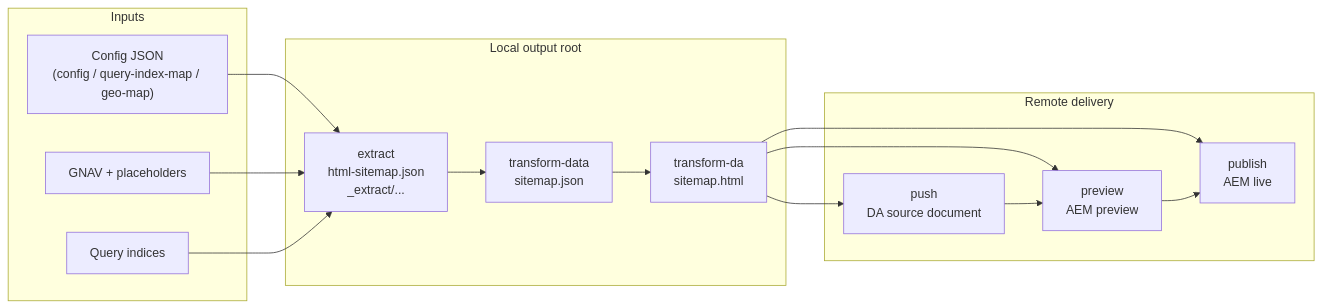
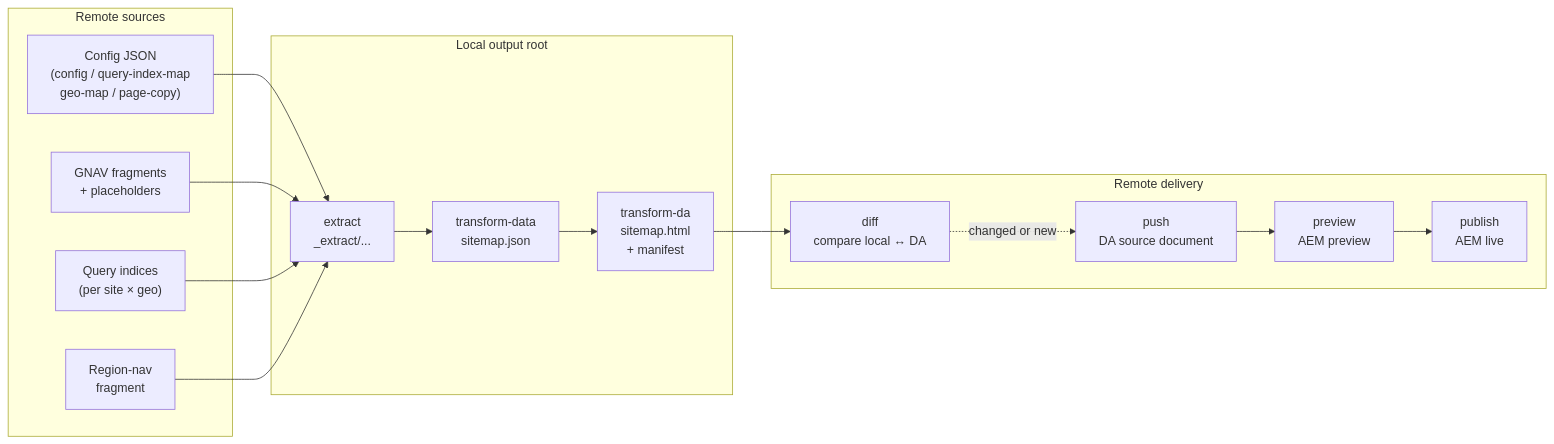
Before and after one commit to adobecom/milo: the diagram in .github/workflows/html-sitemap/SPEC.md, drawn with Mermaid. The commit also changed other lines of this file and 3 other files, not shown here.

First line of the commit message:
fix(html-sitemap): distinguish auth failures from missing documents in diff/push

````diff
--- a/.github/workflows/html-sitemap/SPEC.md
+++ b/.github/workflows/html-sitemap/SPEC.md
@@ -134,31 +134,33 @@
 ```mermaid
 flowchart LR
-  subgraph Inputs
-    C["Config JSON\n(config / query-index-map / geo-map)"]
-    G["GNAV + placeholders"]
-    Q["Query indices"]
+  subgraph Inputs["Remote sources"]
+    C["Config JSON\n(config / query-index-map\ngeo-map / page-copy)"]
+    G["GNAV fragments\n+ placeholders"]
+    Q["Query indices\n(per site × geo)"]
+    R["Region-nav\nfragment"]
   end
 
-  subgraph LocalArtifacts["Local output root"]
-    E["extract\nhtml-sitemap.json\n_extract/..."]
+  subgraph Local["Local output root"]
+    E["extract\n_extract/..."]
     D["transform-data\nsitemap.json"]
-    H["transform-da\nsitemap.html"]
+    H["transform-da\nsitemap.html\n+ manifest"]
   end
 
   subgraph Remote["Remote delivery"]
+    DIFF["diff\ncompare local ↔ DA"]
     DA["push\nDA source document"]
     P["preview\nAEM preview"]
     L["publish\nAEM live"]
   end
 
   C --> E
   G --> E
   Q --> E
+  R --> E
   E --> D
   D --> H
-  H --> DA
-  H --> P
-  H --> L
+  H --> DIFF
+  DIFF -.->|changed or new| DA
   DA --> P
   P --> L
 ```
````
